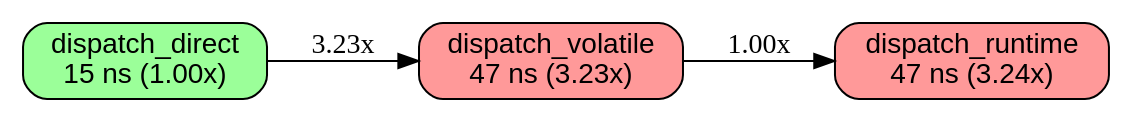
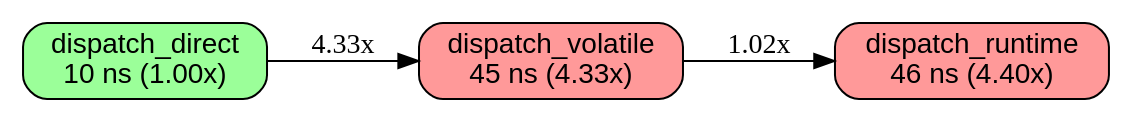
Before and after one commit to orgrinrt/hilavitkutin: the diagram in docs/BENCHES.dispatch_dynamic.dispatch_dynamic_n256.macos-aarch64-c8-bare-apple.dot, drawn with Graphviz. The commit also changed 318 other files, not shown here.

```diff
--- a/docs/BENCHES.dispatch_dynamic.dispatch_dynamic_n256.macos-aarch64-c8-bare-apple.dot
+++ b/docs/BENCHES.dispatch_dynamic.dispatch_dynamic_n256.macos-aarch64-c8-bare-apple.dot
@@ -1,16 +1,16 @@
 // AUTO-GENERATED: DO NOT EDIT DIRECTLY
 //
 // Generated by: mockspace (mock)
-// Generated at: 2026-11-15T14:25:40Z
+// Generated at: 2026-11-22T21:16:16Z
 // Source: mock/
 // To regenerate: cargo mock
 
 digraph "dispatch_dynamic/dispatch_dynamic_n256 on macos-aarch64-c8-bare-apple" {
   rankdir=LR;
   node [shape=box, style="rounded,filled", fontname="Helvetica"];
-  v0 [label="dispatch_direct\n15 ns (1.00x)", fillcolor="0.330 0.4 1.0"];
-  v1 [label="dispatch_volatile\n47 ns (3.23x)", fillcolor="0.000 0.4 1.0"];
-  v2 [label="dispatch_runtime\n47 ns (3.24x)", fillcolor="0.000 0.4 1.0"];
-  v0 -> v1 [label="3.23x"];
-  v1 -> v2 [label="1.00x"];
+  v0 [label="dispatch_direct\n10 ns (1.00x)", fillcolor="0.330 0.4 1.0"];
+  v1 [label="dispatch_volatile\n45 ns (4.33x)", fillcolor="0.000 0.4 1.0"];
+  v2 [label="dispatch_runtime\n46 ns (4.40x)", fillcolor="0.000 0.4 1.0"];
+  v0 -> v1 [label="4.33x"];
+  v1 -> v2 [label="1.02x"];
 }
```
